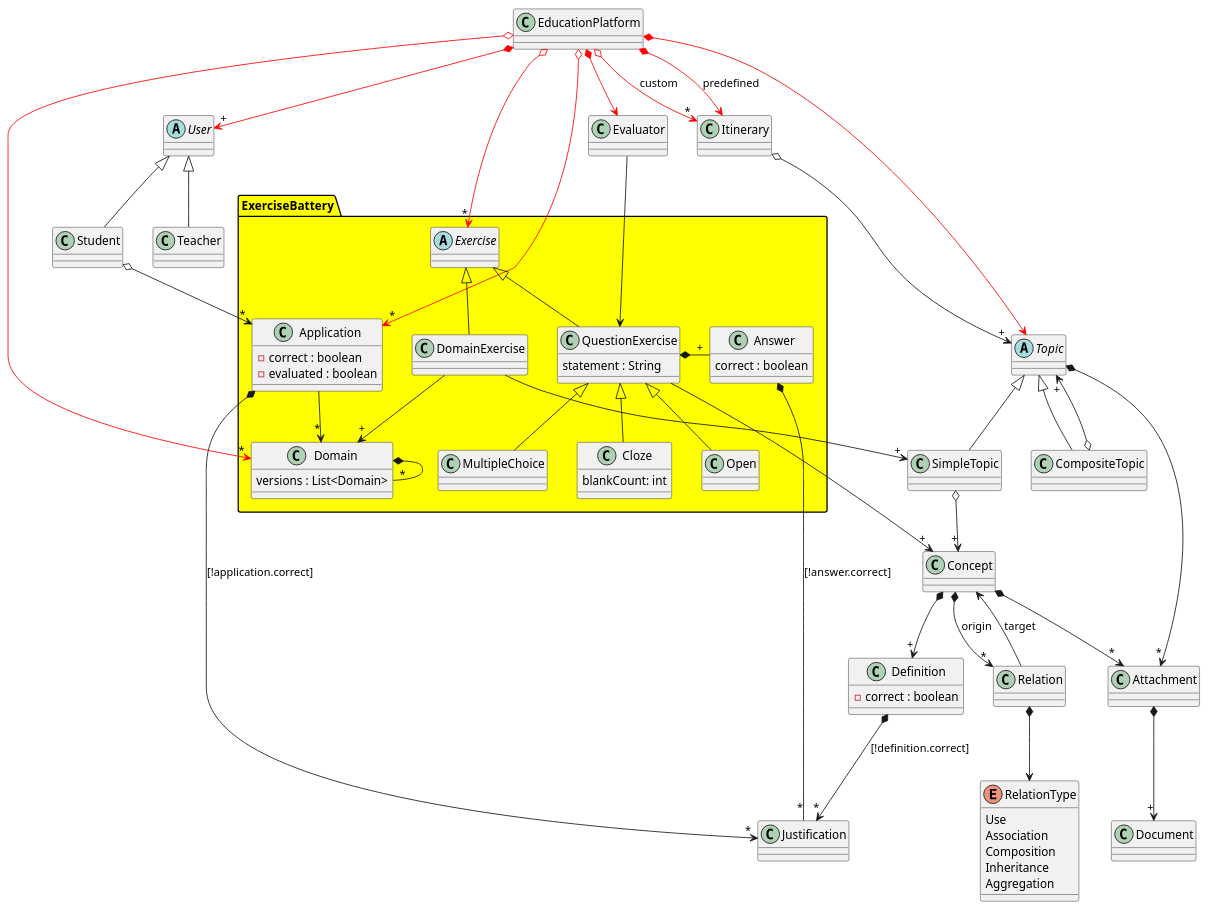
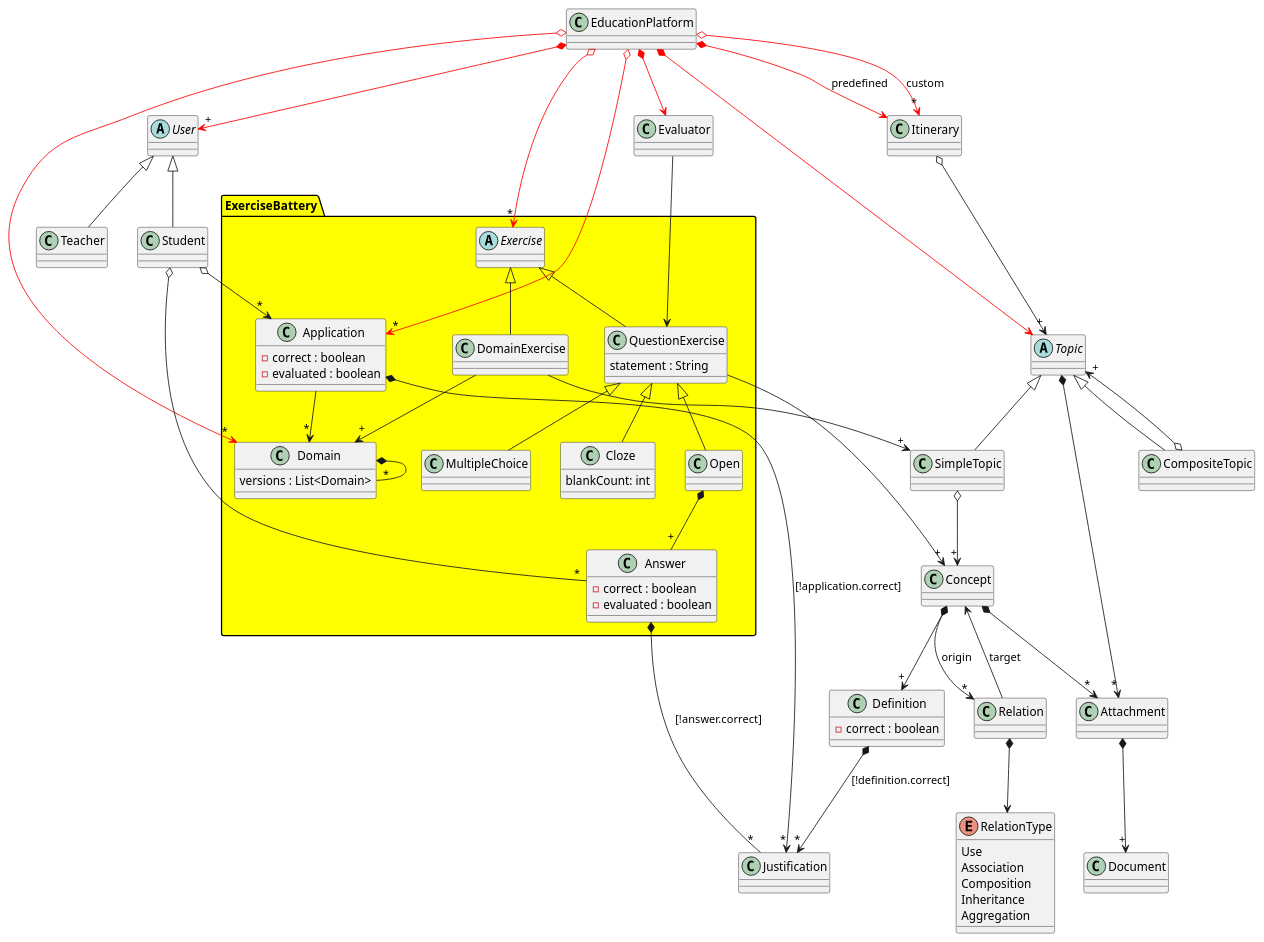
Before and after one commit to jumpering/lab-turing: the diagram in Diagrams/EducationPlatform/Domain.puml, drawn with PlantUML. The commit also changed 1 other file, not shown here.

Commit message:
Open *-- + Answer

```diff
--- a/Diagrams/EducationPlatform/Domain.puml
+++ b/Diagrams/EducationPlatform/Domain.puml
@@ -1,126 +1,128 @@
 @startuml EducationPlatformDomain
 
 EducationPlatform *-[#red]-> "+" User
 EducationPlatform *-[#red]-> Topic
 EducationPlatform *-[#red]-> Itinerary : predefined
 EducationPlatform o-[#red]-> "*" Itinerary : custom
 EducationPlatform *-[#red]-> Evaluator
 EducationPlatform o-[#red]-> "*" ExerciseBattery.Exercise
 EducationPlatform o-[#red]-> "*" ExerciseBattery.Domain
 EducationPlatform o-[#red]-> "*" ExerciseBattery.Application
 
 abstract User{
 }
 
 User <|-- Teacher
 User <|-- Student
 
 class Teacher{
 }
 
 class Student{
 }
 Student o--> "*" ExerciseBattery.Application
 
 class Evaluator{
 }
 Evaluator --> ExerciseBattery.QuestionExercise
 
 class Itinerary {
 }
 Itinerary o--> "+" Topic
 
 class Definition {
     - correct : boolean
 }
 Definition *--> "*" Justification:[!definition.correct]
 
 class Justification {
 }
 
 abstract Topic{
 }
 Topic <|-- CompositeTopic
 Topic <|-- SimpleTopic
 Topic *--> "*" Attachment
 
 class Attachment{
 }
 Attachment *--> "+" Document
 
 class SimpleTopic{
 }
 SimpleTopic o--> "+" Concept
 
 class CompositeTopic{
 }
 CompositeTopic o--> "+" Topic
 
 class Document{}
 
 class Concept{
 }
 Concept *-down-> "+" Definition
 Concept *-down-> "*" Relation : origin
 Concept *-down-> "*" Attachment
 
 class Relation {
 }
 Relation --> Concept : target
 Relation *-down-> RelationType
 
 enum RelationType {
     Use
     Association
     Composition
     Inheritance
     Aggregation
 } 
 
 package ExerciseBattery #yellow{
 
     abstract Exercise {
     }
     Exercise <|-- ExerciseBattery.QuestionExercise
     Exercise <|-- DomainExercise
 
     class DomainExercise{
 
     }
     DomainExercise --> "+" Domain
     DomainExercise --> "+" SimpleTopic
 
     class Domain{
         versions : List<Domain>
     }
     Domain *-- "*" Domain
     'Domain *-- "+" ExerciseBattery.Application
    ExerciseBattery.Application --> "*" Domain
     class QuestionExercise{
         statement : String
     }
     QuestionExercise <|-- MultipleChoice
     QuestionExercise <|-- Cloze
     QuestionExercise <|-- Open
     QuestionExercise --> "+" Concept
-    QuestionExercise *-left- "+" Answer
+    Open *-down- "+" Answer
+    Student o-- "*" Answer
 
     class Answer{
-        correct : boolean
+        - correct : boolean
+        - evaluated : boolean
     }
     Answer *-- "*" Justification : [!answer.correct]
 
     class Cloze{
         blankCount: int
     }
     
     class MultipleChoice{
     }
 
     class Application{
         - correct : boolean
         - evaluated : boolean
     }
     Application *--> "*" Justification:[!application.correct]
 }
 @enduml
```
